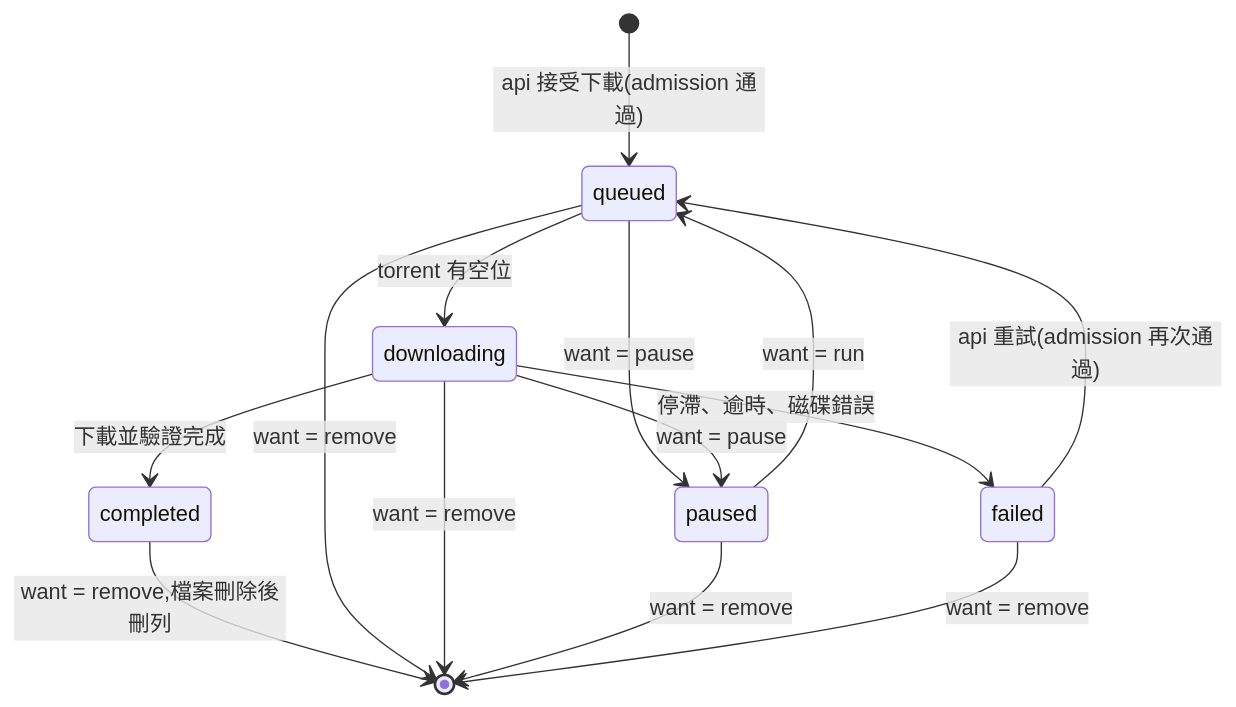
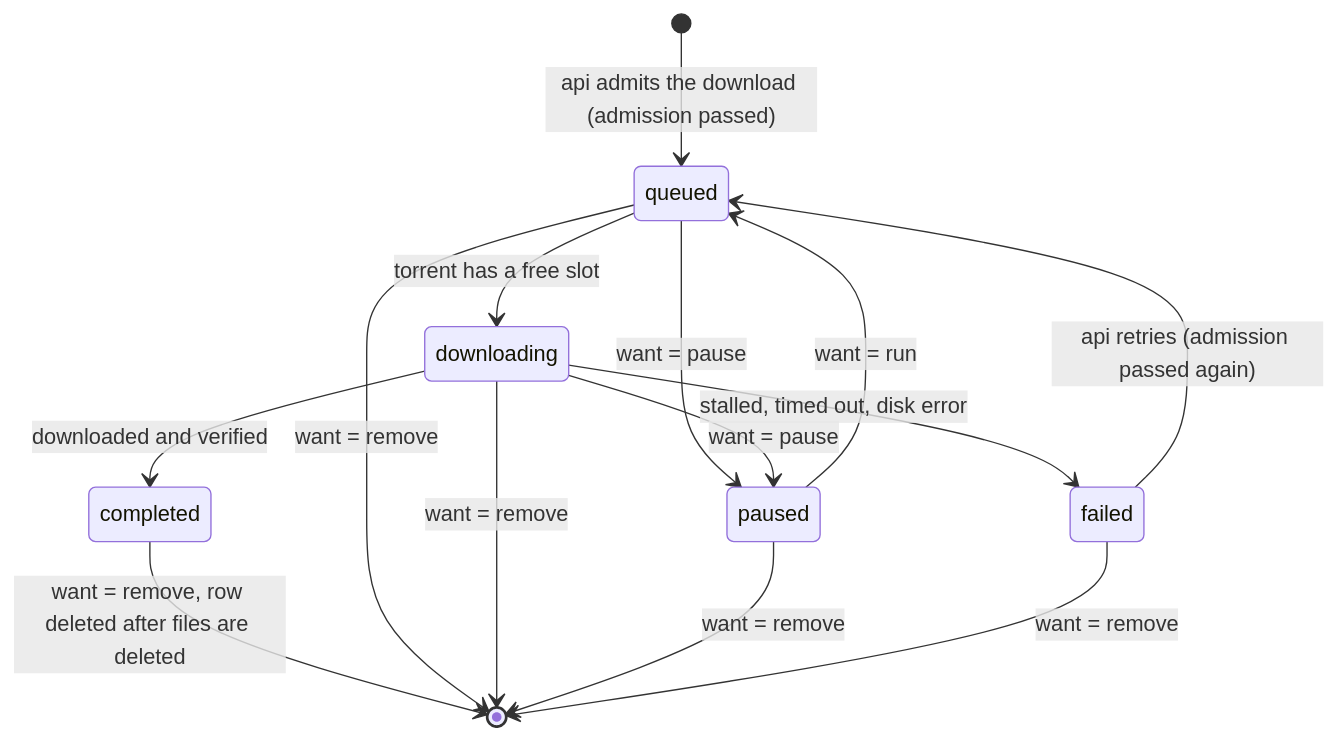
The diagram in docs/03-data-model.md (brianshen0522/paiban), drawn with Mermaid before and after one commit. The commit also changed other lines of this file and 174 other files, not shown here.

````diff
--- a/docs/03-data-model.md
+++ b/docs/03-data-model.md
@@ -60,16 +60,16 @@
 ```mermaid
 stateDiagram-v2
-  [*] --> queued: api 接受下載(admission 通過)
-  queued --> downloading: torrent 有空位
-  downloading --> completed: 下載並驗證完成
-  downloading --> failed: 停滯、逾時、磁碟錯誤
+  [*] --> queued: api admits the download (admission passed)
+  queued --> downloading: torrent has a free slot
+  downloading --> completed: downloaded and verified
+  downloading --> failed: stalled, timed out, disk error
   queued --> paused: want = pause
   downloading --> paused: want = pause
   paused --> queued: want = run
-  failed --> queued: api 重試(admission 再次通過)
-  completed --> [*]: want = remove,檔案刪除後刪列
+  failed --> queued: api retries (admission passed again)
+  completed --> [*]: want = remove, row deleted after files are deleted
   queued --> [*]: want = remove
   downloading --> [*]: want = remove
   paused --> [*]: want = remove
   failed --> [*]: want = remove
 ```
````
